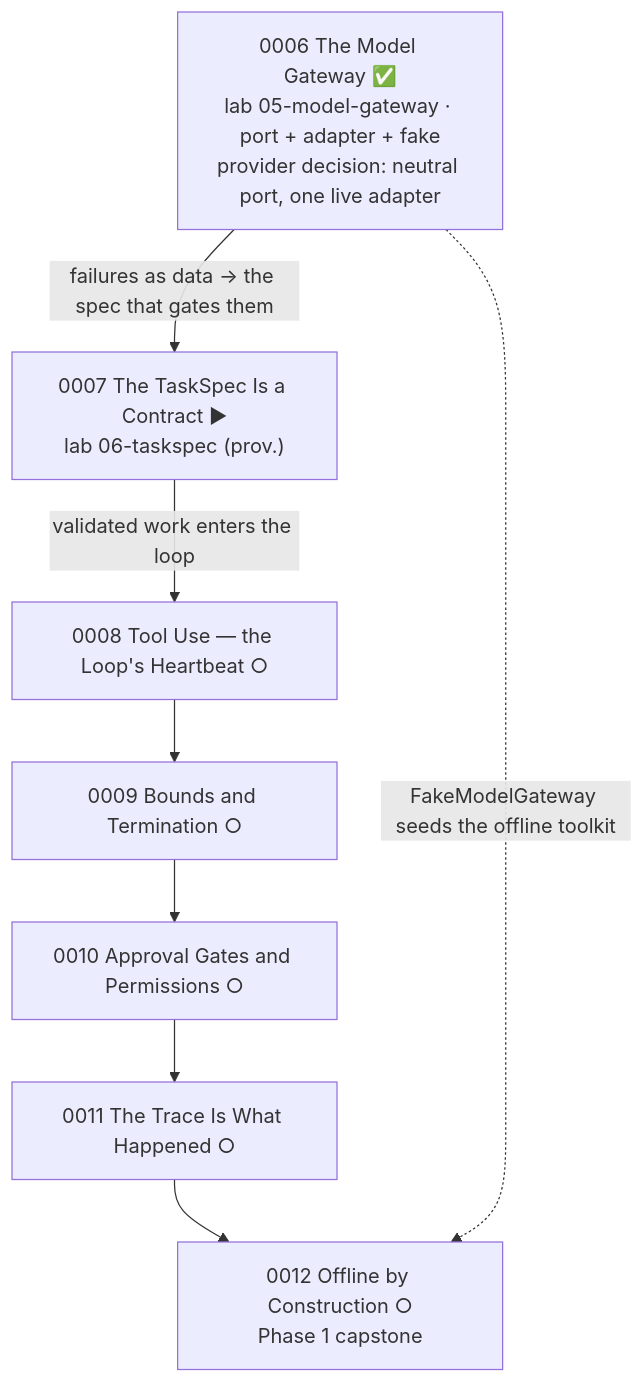
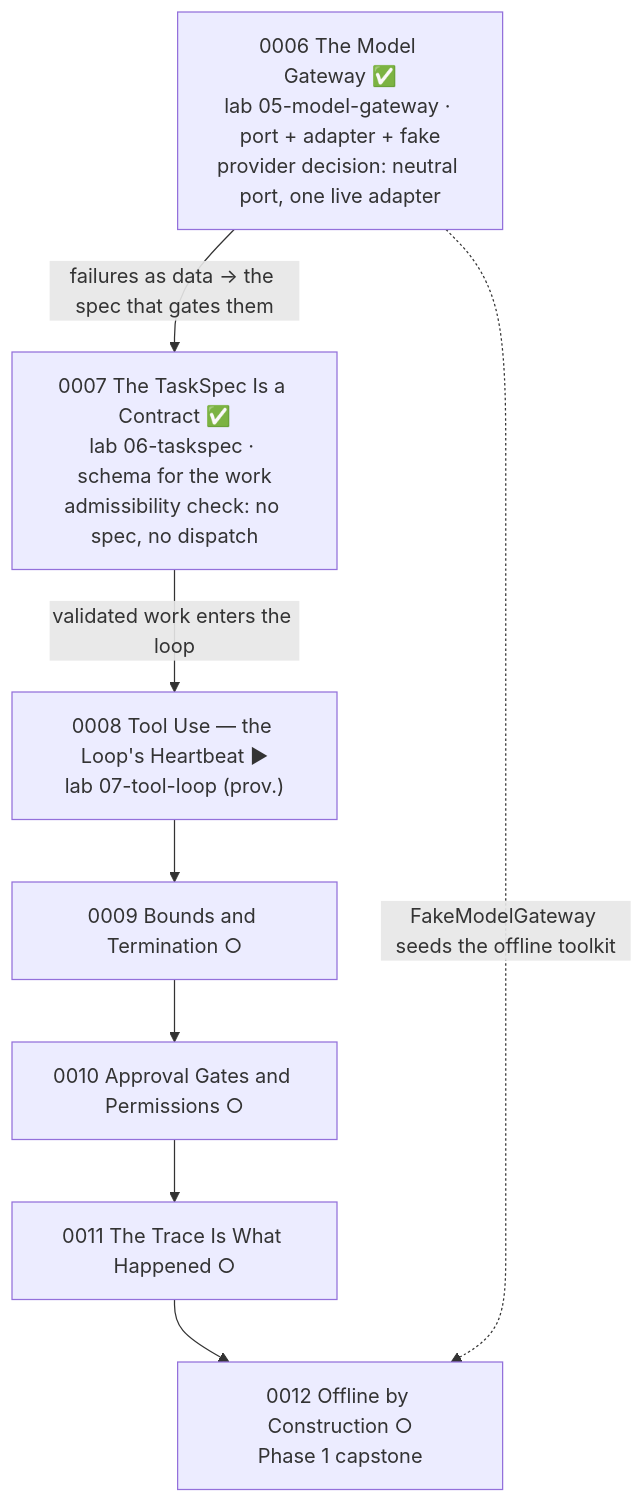
One commit to JozsefKiss90/TS changed the third of 4 diagrams in wiki/course/course-module-graph.md. Above: the diagram before and after it, drawn with Mermaid. The commit also changed other lines of this file and 21 other files, not shown here.

First line of the commit message:
Lesson 0007 — The TaskSpec Is a Contract, lab 06-taskspec

````diff
--- a/wiki/course/course-module-graph.md
+++ b/wiki/course/course-module-graph.md
@@ -54,14 +54,14 @@
 ```mermaid
 flowchart TD
     M6["0006 The Model Gateway ✅<br/>lab 05-model-gateway · port + adapter + fake<br/>provider decision: neutral port, one live adapter"]
-    M7["0007 The TaskSpec Is a Contract ▶<br/>lab 06-taskspec (prov.)"]
-    M8["0008 Tool Use — the Loop's Heartbeat ○"]
+    M7["0007 The TaskSpec Is a Contract ✅<br/>lab 06-taskspec · schema for the work<br/>admissibility check: no spec, no dispatch"]
+    M8["0008 Tool Use — the Loop's Heartbeat ▶<br/>lab 07-tool-loop (prov.)"]
     M9["0009 Bounds and Termination ○"]
     M10["0010 Approval Gates and Permissions ○"]
     M11["0011 The Trace Is What Happened ○"]
     M12["0012 Offline by Construction ○<br/>Phase 1 capstone"]
     M6 -->|"failures as data → the spec that gates them"| M7
     M7 -->|"validated work enters the loop"| M8
     M8 --> M9 --> M10 --> M11 --> M12
     M6 -.->|"FakeModelGateway seeds the offline toolkit"| M12
 ```
````
